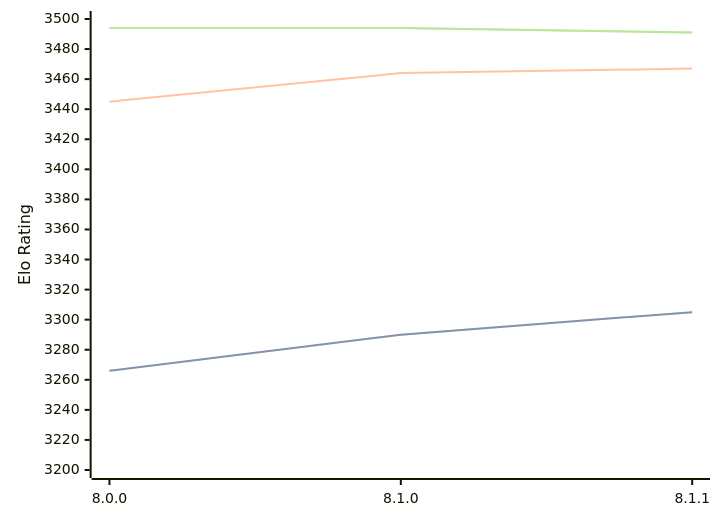
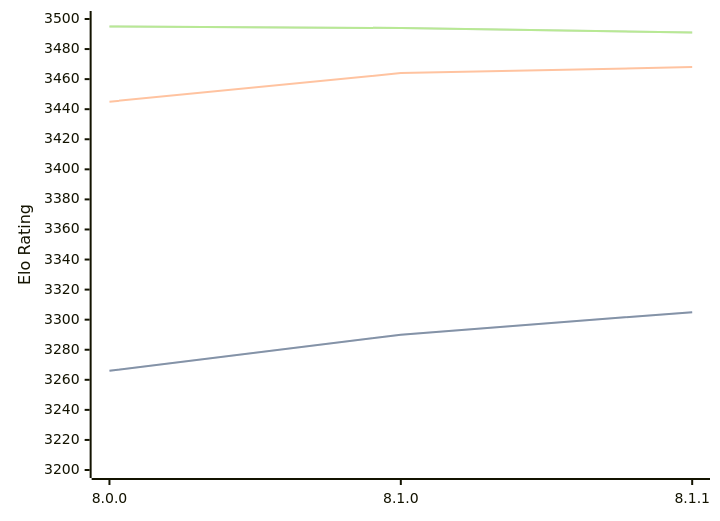
Before and after one commit to computer-chess-index/cci: the diagram in engines/Velvet.md, drawn with Mermaid. The commit also changed other lines of this file, not shown here.

Commit message:
Update CCI Ratings (ELO VLTC) - 2026-04-02

````diff
--- a/engines/Velvet.md
+++ b/engines/Velvet.md
@@ -57,11 +57,11 @@
 ```mermaid
 %%{init: {"theme":"base","themeVariables":{"seriesColors:['#a3a3a3','#222221','#faa371']}}}%%
 xychart-beta
   x-axis ["8.0.0", "8.1.0", "8.1.1"]
   y-axis "Elo Rating" 3200 --> 3500
   line "STC (8.0+0.08s)" [3266, 3290, 3305]
   line "STC (8.0+0.08s)" [3266, 3290, 3305]
-  line "LTC (60.0+0.60s)" [3445, 3464, 3467]
-  line "VLTC (2m24s+1.12s)" [3494, 3494, 3491]
-  line "VLTC (2m24s+1.12s)" [3494, 3494, 3491]
+  line "LTC (60.0+0.60s)" [3445, 3464, 3468]
+  line "VLTC (2m24s+1.12s)" [3495, 3494, 3491]
+  line "VLTC (2m24s+1.12s)" [3495, 3494, 3491]
 ```
````
